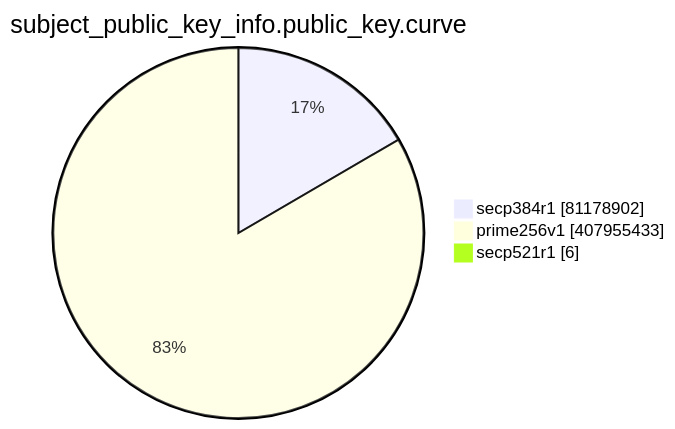
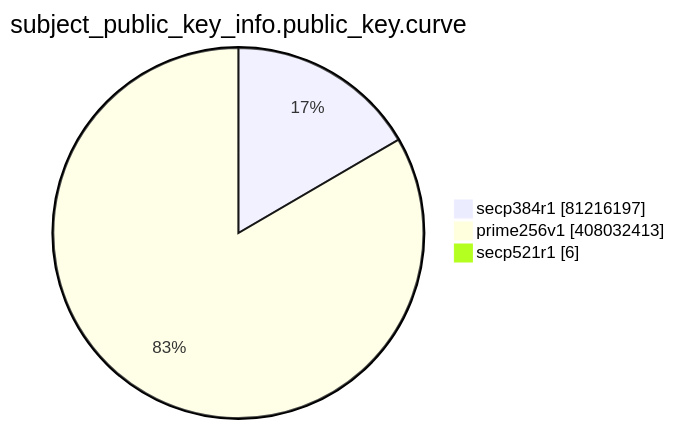
Before and after one commit to christiankrug/ctmonitor_visualization: the eighth of 15 diagrams in TOTAL/README.md, drawn with Mermaid. The commit also changed other lines of this file, not shown here.

````diff
--- a/TOTAL/README.md
+++ b/TOTAL/README.md
@@ -3096,7 +3096,7 @@
 ```mermaid
 pie showData
 title subject_public_key_info.public_key.curve
-"secp384r1" :81178902
-"prime256v1" :407955433
+"secp384r1" :81216197
+"prime256v1" :408032413
 "secp521r1" :6
 ```
````
